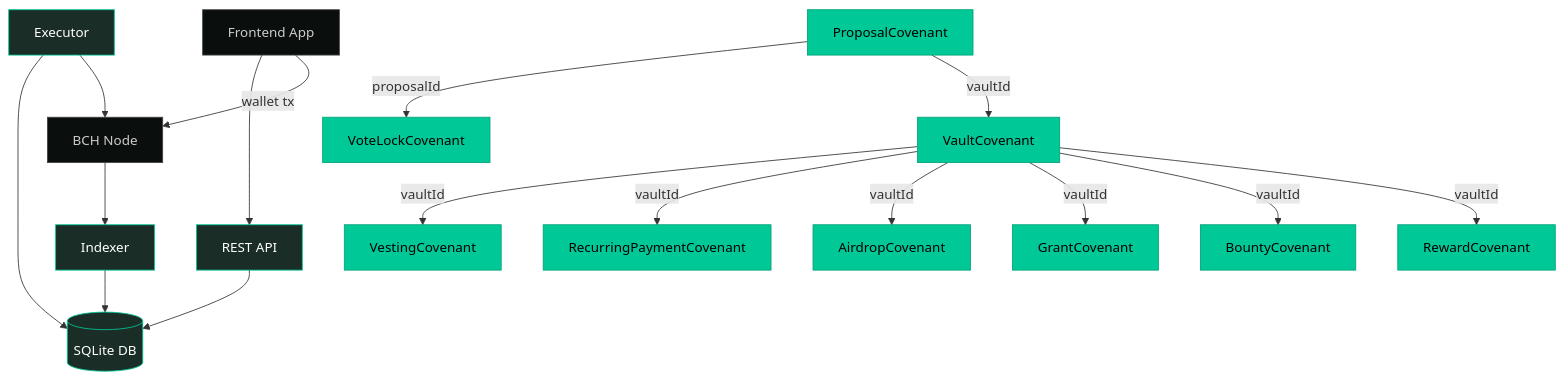
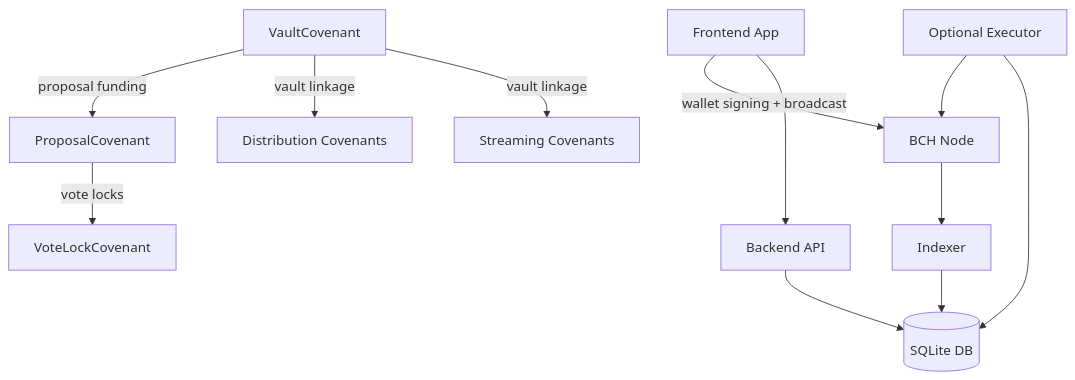
Before and after one commit to flowguardlabs/flow-guard: the first of 3 diagrams in docs/reference/architecture.mdx, drawn with Mermaid. The commit also changed other lines of this file and 44 other files, not shown here.

````diff
--- a/docs/reference/architecture.mdx
+++ b/docs/reference/architecture.mdx
@@ -11,42 +15,26 @@
 ```mermaid
 flowchart TD
     BCH["BCH Node"] --> IDX
     IDX --> DB
     EXE --> DB
     EXE --> BCH
     API --> DB
     APP --> API
-    APP -->|wallet tx| BCH
+    APP -->|wallet signing + broadcast| BCH
 
-    VC -->|vaultId| VSC
-    VC -->|vaultId| RPC
-    VC -->|vaultId| AC
-    VC -->|vaultId| GC
-    VC -->|vaultId| BC
-    VC -->|vaultId| RC
-    PC -->|proposalId| VLC
-    PC -->|vaultId| VC
+    VC -->|vault linkage| STREAMS
+    VC -->|vault linkage| DIST
+    VC -->|proposal funding| PC
+    PC -->|vote locks| VLC
 
     VC["VaultCovenant"]
     PC["ProposalCovenant"]
     VLC["VoteLockCovenant"]
-    VSC["VestingCovenant"]
-    RPC["RecurringPaymentCovenant"]
-    AC["AirdropCovenant"]
-    GC["GrantCovenant"]
-    BC["BountyCovenant"]
-    RC["RewardCovenant"]
+    STREAMS["Streaming Covenants"]
+    DIST["Distribution Covenants"]
     IDX["Indexer"]
     DB[("SQLite DB")]
-    API["REST API"]
-    EXE["Executor"]
+    API["Backend API"]
+    EXE["Optional Executor"]
     APP["Frontend App"]
-
-    classDef contract fill:#00C896,stroke:#00A37A,color:#000
-    classDef backend fill:#1a2e27,stroke:#00C896,color:#fff
-    classDef node fill:#0A0F0D,stroke:#444,color:#ccc
-
-    class VC,PC,VLC,VSC,RPC,AC,GC,BC,RC contract
-    class IDX,DB,API,EXE backend
-    class BCH,APP node
 ```
````
